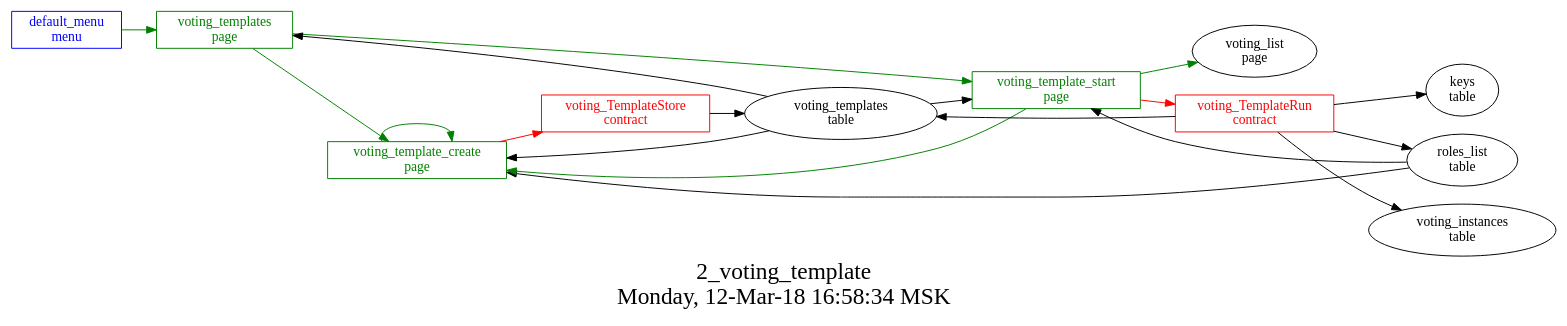
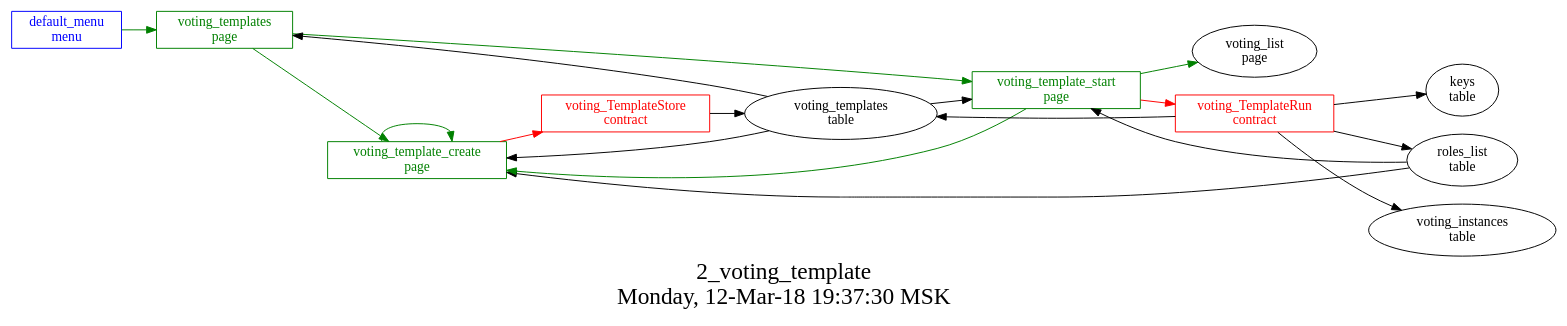
Before and after one commit to AplaProject/apps: the diagram in src/basic/basic_main/2_voting_templates/struct.dot, drawn with Graphviz. The commit also changed 12 other files, not shown here.

```diff
--- a/src/basic/basic_main/2_voting_templates/struct.dot
+++ b/src/basic/basic_main/2_voting_templates/struct.dot
@@ -1,35 +1,35 @@
 digraph G {
 graph [
   fontsize="24";
-  label="2_voting_template\nMonday, 12-Mar-18 16:58:34 MSK";
+  label="2_voting_template\nMonday, 12-Mar-18 19:37:30 MSK";
   nojustify=true;
   ordering=out;
   rankdir=LR;
   size="30";
 ];
 "default_menu\nmenu" -> "voting_templates\npage"  [ color=green ]
 "default_menu\nmenu" [color=blue, fontcolor=blue, group=menus, shape=record];
 "voting_template_create\npage" -> "voting_TemplateStore\ncontract"  [ color=red ]
 "voting_templates\ntable" -> "voting_template_create\npage"  [ color="" ]
 "roles_list\ntable" -> "voting_template_create\npage"  [ color="" ]
 "voting_template_create\npage" -> "voting_template_create\npage"  [ color=green ]
 "voting_template_create\npage" [color=green, fontcolor=green, group=pages, shape=record];
 "voting_template_start\npage" -> "voting_TemplateRun\ncontract"  [ color=red ]
 "voting_templates\ntable" -> "voting_template_start\npage"  [ color="" ]
 "roles_list\ntable" -> "voting_template_start\npage"  [ color="" ]
 "voting_template_start\npage" -> "voting_template_create\npage"  [ color=green ]
 "voting_template_start\npage" -> "voting_list\npage"  [ color=green ]
 "voting_template_start\npage" [color=green, fontcolor=green, group=pages, shape=record];
 "voting_templates\ntable" -> "voting_templates\npage"  [ color="" ]
 "voting_templates\npage" -> "voting_template_start\npage"  [ color=green ]
 "voting_templates\npage" -> "voting_template_create\npage"  [ color=green ]
 "voting_templates\npage" [color=green, fontcolor=green, group=pages, shape=record];
 "voting_TemplateRun\ncontract" -> "voting_templates\ntable"  [ color="" ]
 "voting_TemplateRun\ncontract" -> "keys\ntable"  [ color="" ]
 "voting_TemplateRun\ncontract" -> "roles_list\ntable"  [ color="" ]
 "voting_TemplateRun\ncontract" -> "voting_instances\ntable"  [ color="" ]
 "voting_TemplateRun\ncontract" [color=red, fontcolor=red, group=contracts, shape=record];
 "voting_TemplateStore\ncontract" -> "voting_templates\ntable"  [ color="" ]
 "voting_TemplateStore\ncontract" [color=red, fontcolor=red, group=contracts, shape=record];
 "voting_templates\ntable" [color="", fontcolor="", group=tables, shape=""];
 }
```
